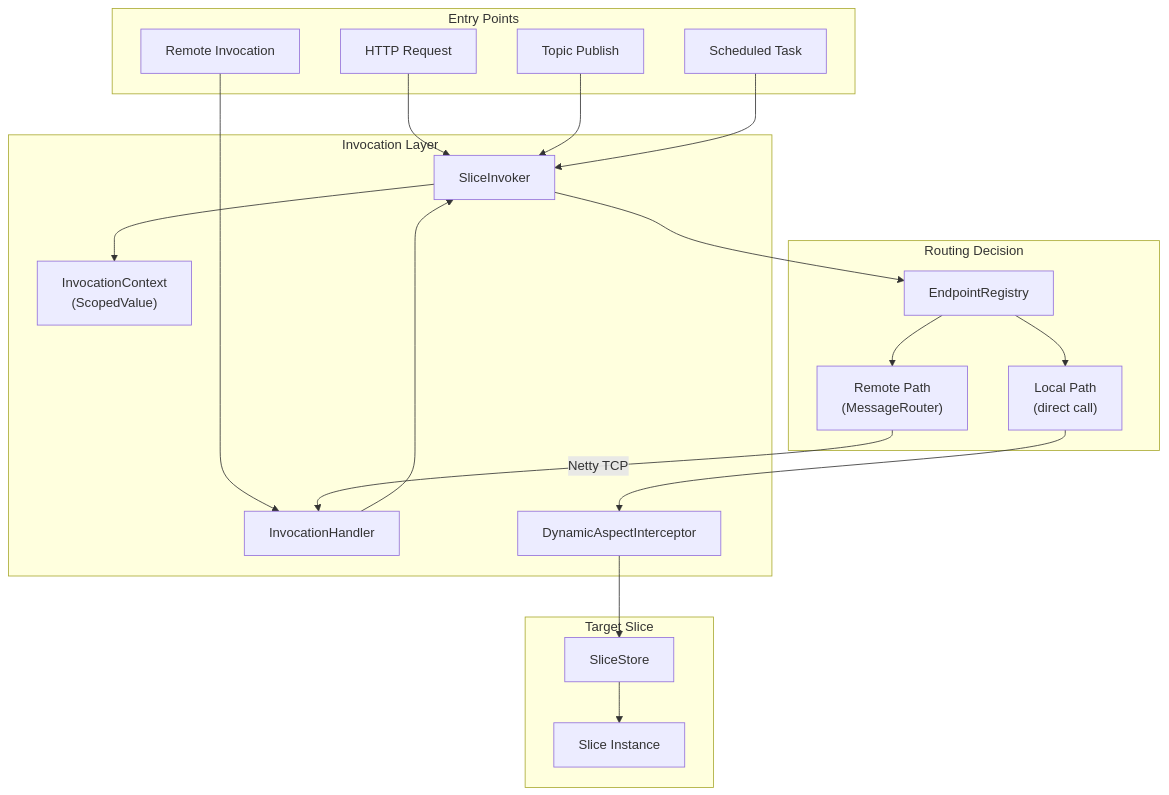
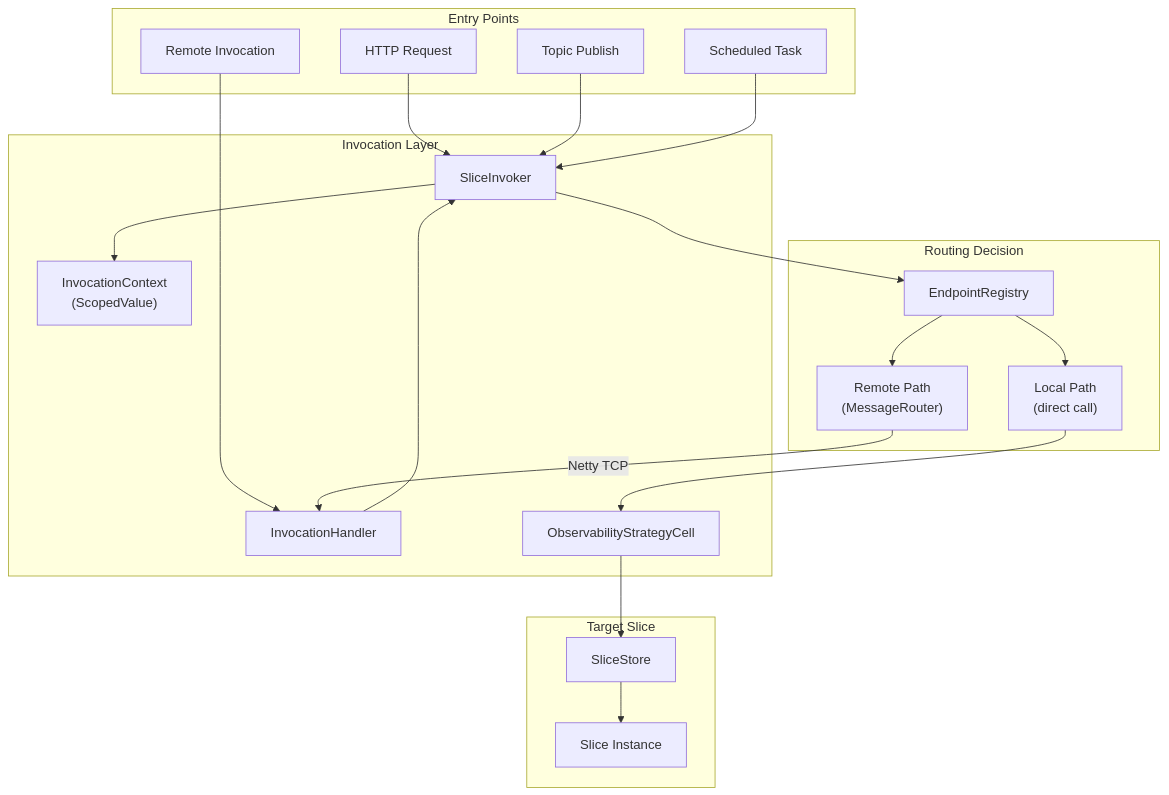
One commit to pragmaticalabs/pragmatica changed the first of 6 diagrams in aether/docs/architecture/03-invocation.md. Above: the diagram before and after it, drawn with Mermaid. The commit also changed other lines of this file and 20 other files, not shown here.

Commit message:
docs: remove retired Aspect<T> factory parameter and DynamicAspect system from slice and observability docs

````diff
--- a/aether/docs/architecture/03-invocation.md
+++ b/aether/docs/architecture/03-invocation.md
@@ -9,40 +9,40 @@
 ```mermaid
 graph TB
     subgraph Entry["Entry Points"]
         HTTP["HTTP Request"]
         Remote["Remote Invocation"]
         PubSub["Topic Publish"]
         Sched["Scheduled Task"]
     end
 
     subgraph Invocation["Invocation Layer"]
         SI["SliceInvoker"]
         IH["InvocationHandler"]
-        DAI["DynamicAspectInterceptor"]
+        OSC["ObservabilityStrategyCell"]
         IC["InvocationContext<br/>(ScopedValue)"]
     end
 
     subgraph Routing["Routing Decision"]
         ER["EndpointRegistry"]
         Local["Local Path<br/>(direct call)"]
         RemotePath["Remote Path<br/>(MessageRouter)"]
     end
 
     subgraph Target["Target Slice"]
         SS["SliceStore"]
         Slice["Slice Instance"]
     end
 
     HTTP --> SI
     Remote --> IH --> SI
     PubSub --> SI
     Sched --> SI
 
     SI --> IC
     SI --> ER
     ER --> Local
     ER --> RemotePath
 
-    Local --> DAI --> SS --> Slice
+    Local --> OSC --> SS --> Slice
     RemotePath -->|"Netty TCP"| IH
 ```
````
